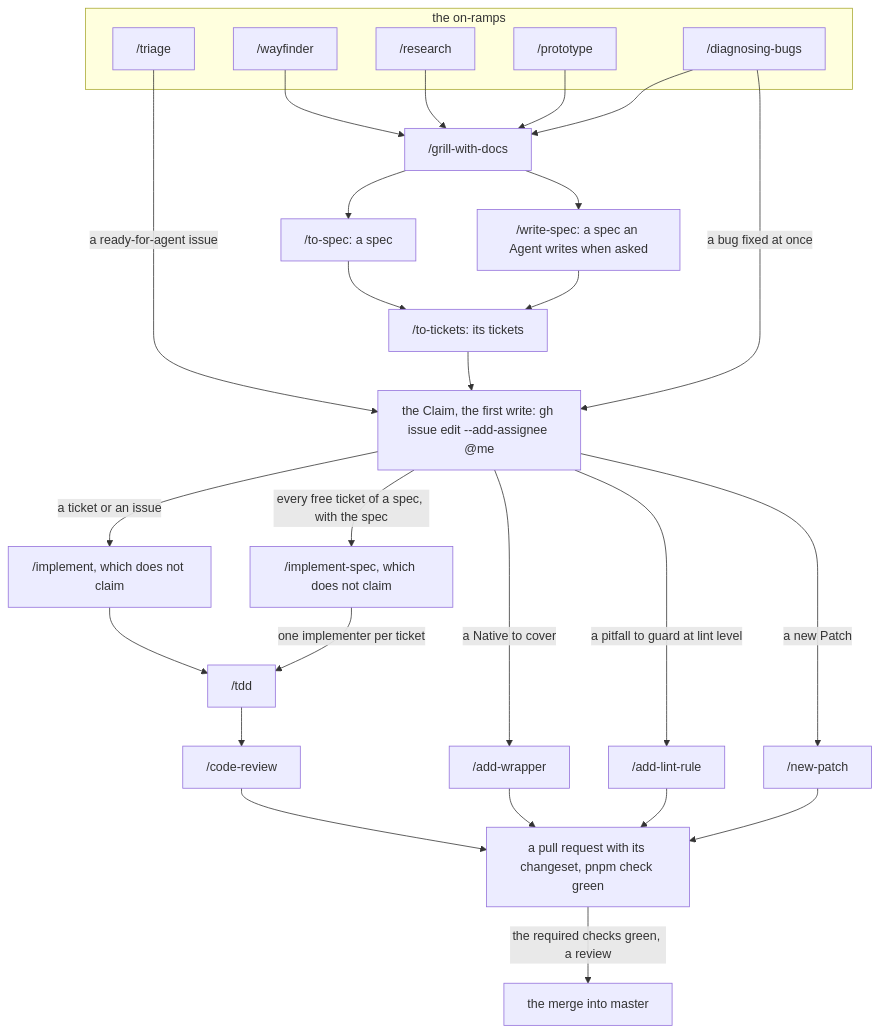
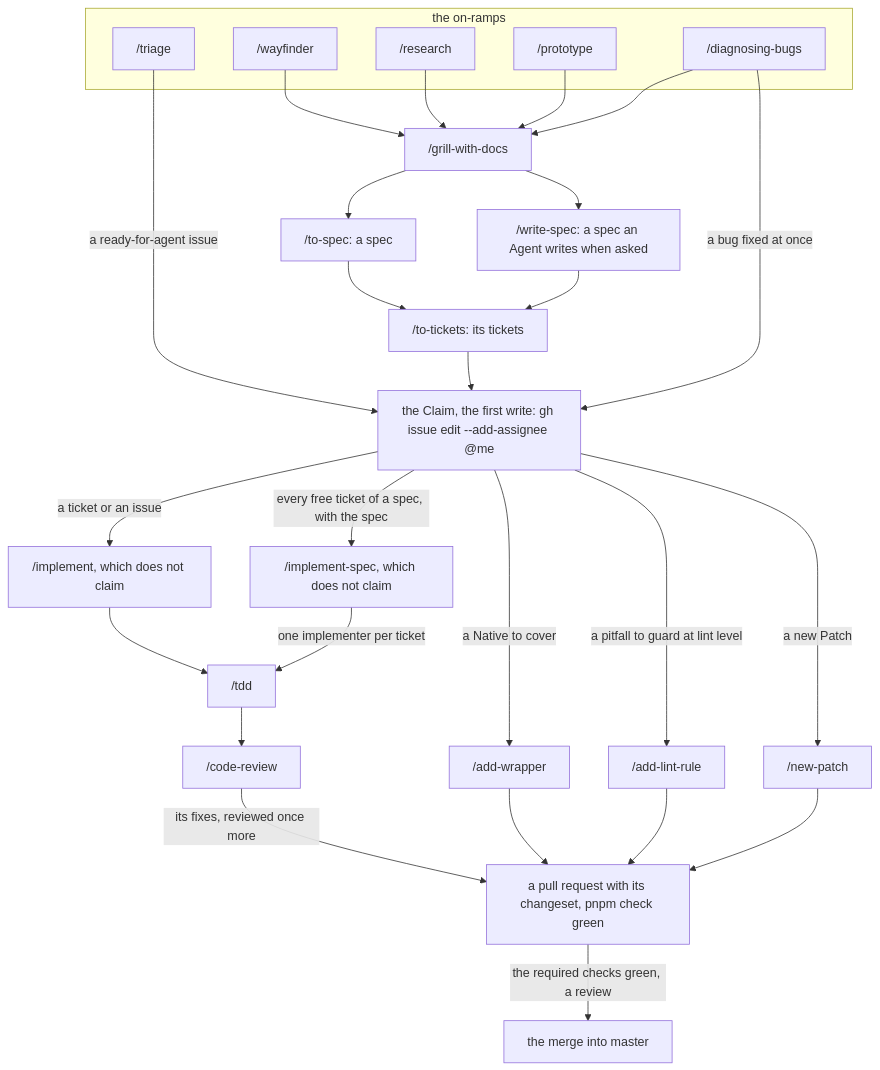
The diagram in docs/agents/development-loop.md (phmilk/reforged-ts), drawn with Mermaid before and after one commit. The commit also changed other lines of this file and 23 other files, not shown here.

````diff
--- a/docs/agents/development-loop.md
+++ b/docs/agents/development-loop.md
@@ -76,51 +76,51 @@
 ```mermaid
 flowchart TD
   %% diagram: development-loop
   %% covers: skills
   subgraph on_ramps["the on-ramps"]
     triage["/triage"]
     wayfinder["/wayfinder"]
     research["/research"]
     prototype["/prototype"]
     diagnosing_bugs["/diagnosing-bugs"]
   end
   grill_with_docs["/grill-with-docs"]
   to_spec["/to-spec: a spec"]
   write_spec["/write-spec: a spec an Agent writes when asked"]
   to_tickets["/to-tickets: its tickets"]
   claim["the Claim, the first write: gh issue edit --add-assignee @me"]
   implement["/implement, which does not claim"]
   implement_spec["/implement-spec, which does not claim"]
   tdd["/tdd"]
   code_review["/code-review"]
   add_wrapper["/add-wrapper"]
   add_lint_rule["/add-lint-rule"]
   new_patch["/new-patch"]
   pull_request["a pull request with its changeset, pnpm check green"]
   merge["the merge into master"]
 
   wayfinder --> grill_with_docs
   research --> grill_with_docs
   prototype --> grill_with_docs
   diagnosing_bugs --> grill_with_docs
   triage -->|"a ready-for-agent issue"| claim
   diagnosing_bugs -->|"a bug fixed at once"| claim
   grill_with_docs --> to_spec
   grill_with_docs --> write_spec
   to_spec --> to_tickets
   write_spec --> to_tickets
   to_tickets --> claim
   claim -->|"a ticket or an issue"| implement
   claim -->|"every free ticket of a spec, with the spec"| implement_spec
   claim -->|"a Native to cover"| add_wrapper
   claim -->|"a pitfall to guard at lint level"| add_lint_rule
   claim -->|"a new Patch"| new_patch
   implement --> tdd
   implement_spec -->|"one implementer per ticket"| tdd
   tdd --> code_review
-  code_review --> pull_request
+  code_review -->|"its fixes, reviewed once more"| pull_request
   add_wrapper --> pull_request
   add_lint_rule --> pull_request
   new_patch --> pull_request
   pull_request -->|"the required checks green, a review"| merge
 ```
````
